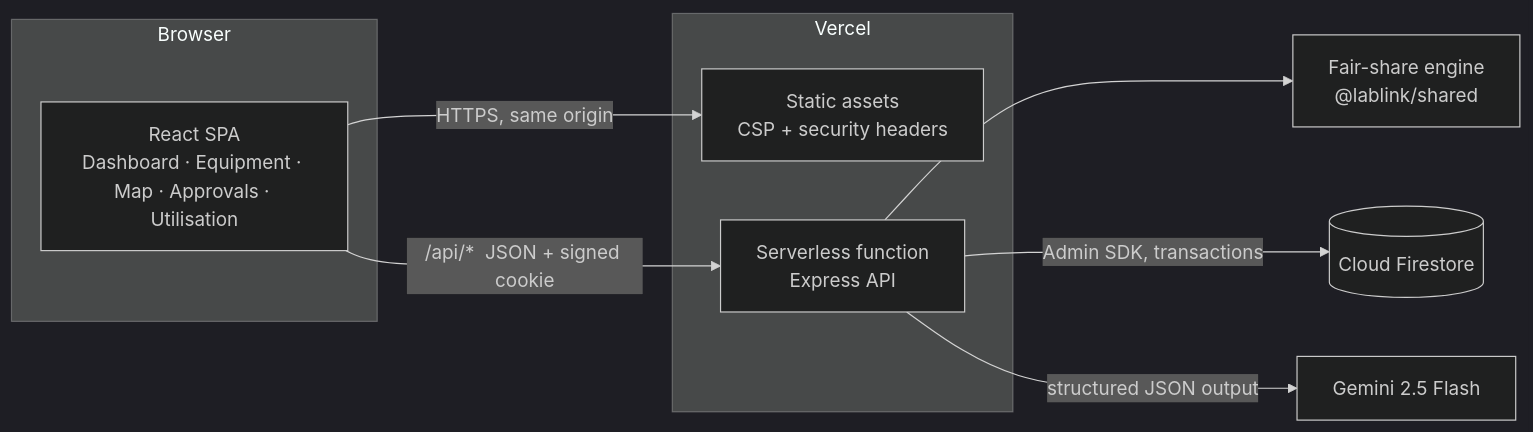
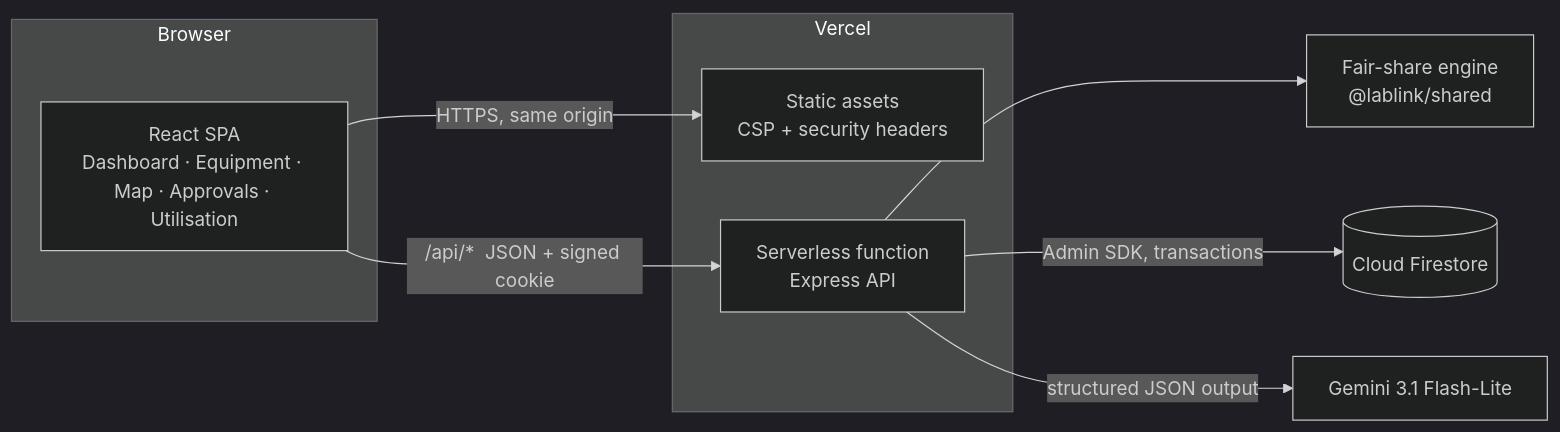
The diagram in README.md (tramplingh/PromptWars), drawn with Mermaid (dark theme) before and after one commit. The commit also changed other lines of this file and 9 other files, not shown here.

````diff
--- a/README.md
+++ b/README.md
@@ -51,15 +51,15 @@
 ```mermaid
 flowchart LR
   subgraph Browser
     UI[React SPA<br/>Dashboard · Equipment · Map · Approvals · Utilisation]
   end
   subgraph Vercel
     CDN[Static assets<br/>CSP + security headers]
     FN[Serverless function<br/>Express API]
   end
   UI -->|HTTPS, same origin| CDN
   UI -->|/api/*  JSON + signed cookie| FN
   FN --> ENG[Fair-share engine<br/>@lablink/shared]
   FN -->|Admin SDK, transactions| FS[(Cloud Firestore)]
-  FN -->|structured JSON output| GEM[Gemini 2.5 Flash]
+  FN -->|structured JSON output| GEM[Gemini 3.1 Flash-Lite]
 ```
````
